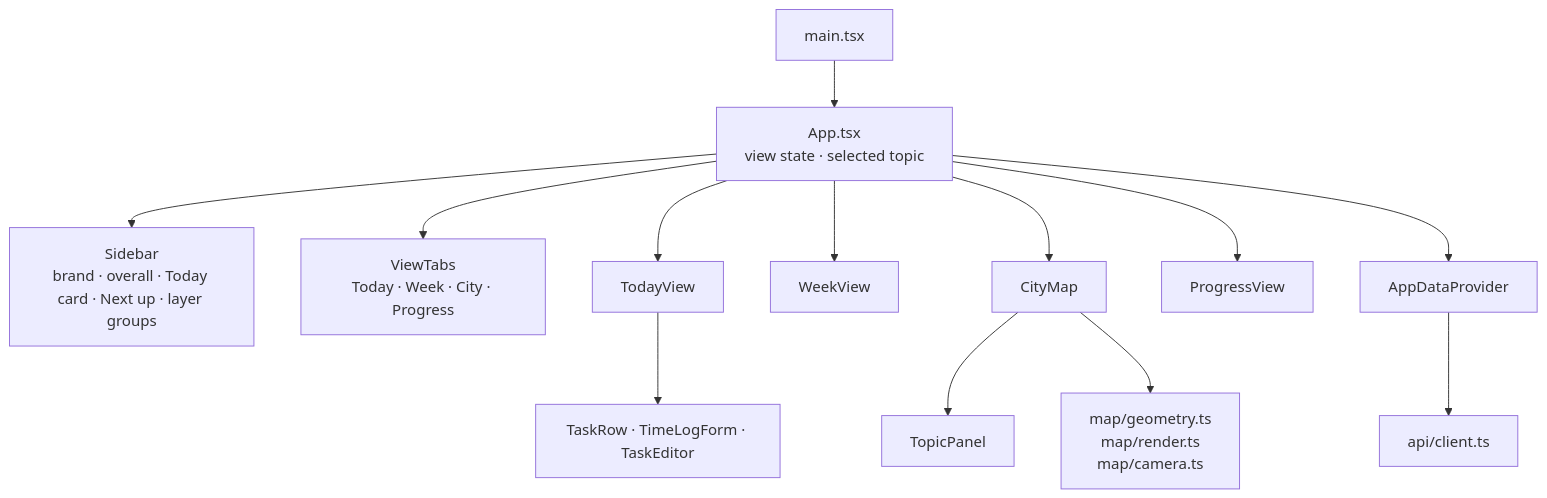
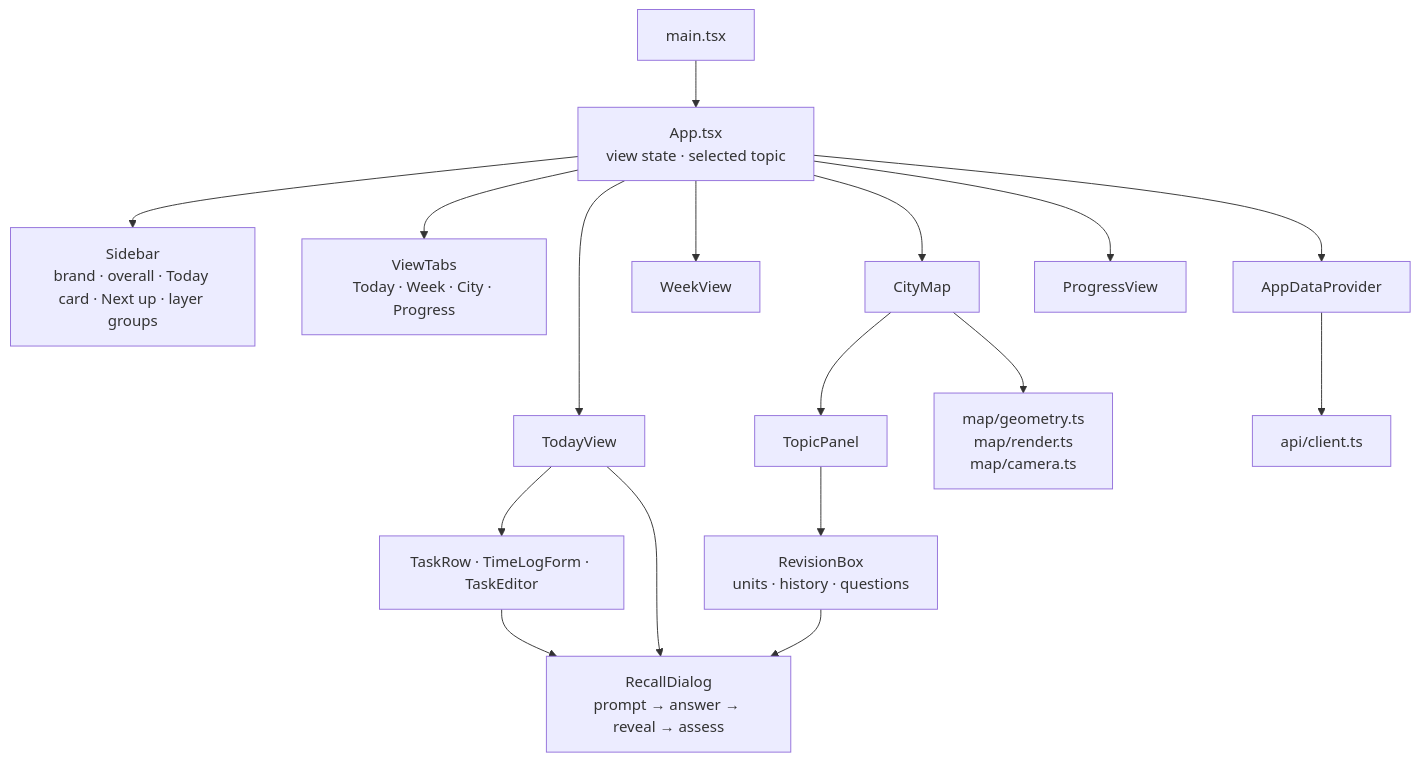
The third of 10 diagrams in docs/HLD.md (Abinash-Anand/Blueprint), drawn with Mermaid before and after one commit. The commit also changed other lines of this file and 46 other files, not shown here.

First line of the commit message:
Add revision and active recall (Revision spec v1.0, phases 1-7)

````diff
--- a/docs/HLD.md
+++ b/docs/HLD.md
@@ -82,15 +84,17 @@
 ```mermaid
 flowchart TB
   MAIN["main.tsx"] --> APPX["App.tsx<br/>view state · selected topic"]
   APPX --> SIDE["Sidebar<br/>brand · overall · Today card · Next up · layer groups"]
   APPX --> TABS["ViewTabs<br/>Today · Week · City · Progress"]
   APPX --> TV["TodayView"]
   APPX --> WV["WeekView"]
   APPX --> CM["CityMap"]
   APPX --> PV["ProgressView"]
   CM --> TP["TopicPanel"]
+  TP --> RB["RevisionBox<br/>units · history · questions"]
   TV --> TR["TaskRow · TimeLogForm · TaskEditor"]
+  RB & TR & TV --> RD["RecallDialog<br/>prompt → answer → reveal → assess"]
   CM --> ENG["map/geometry.ts<br/>map/render.ts<br/>map/camera.ts"]
   APPX --> CTX["AppDataProvider"]
   CTX --> API["api/client.ts"]
 ```
````
